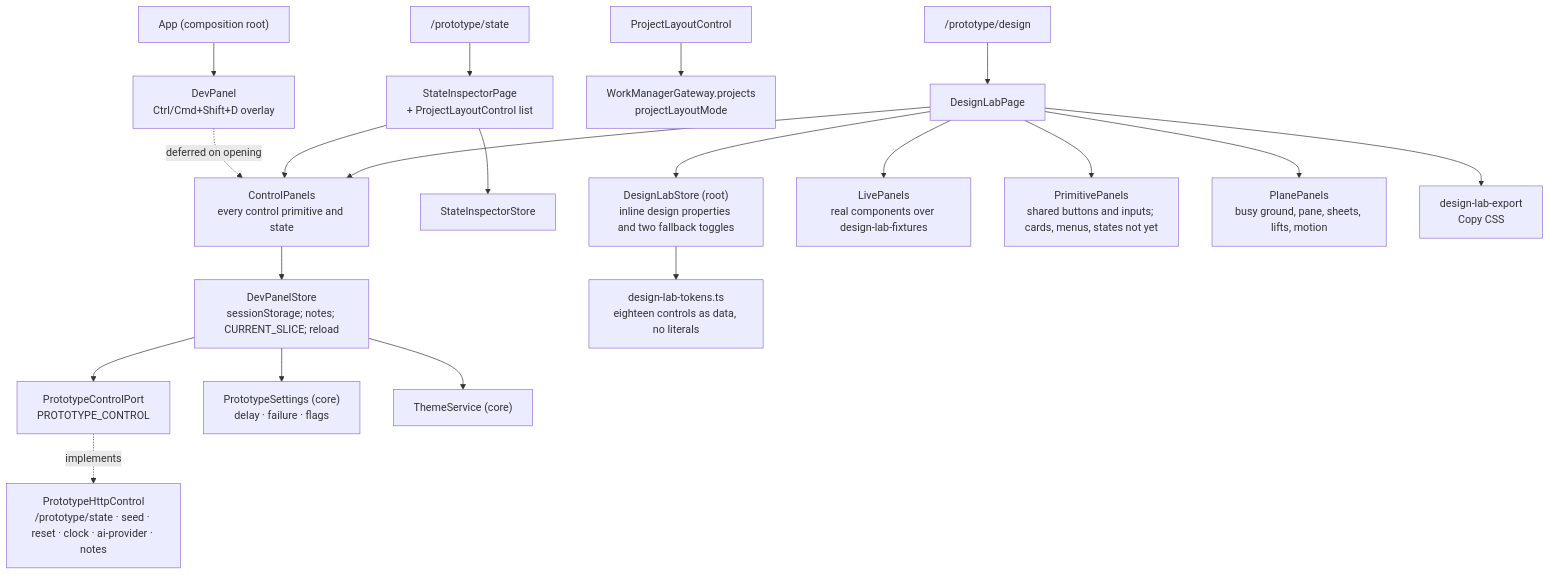
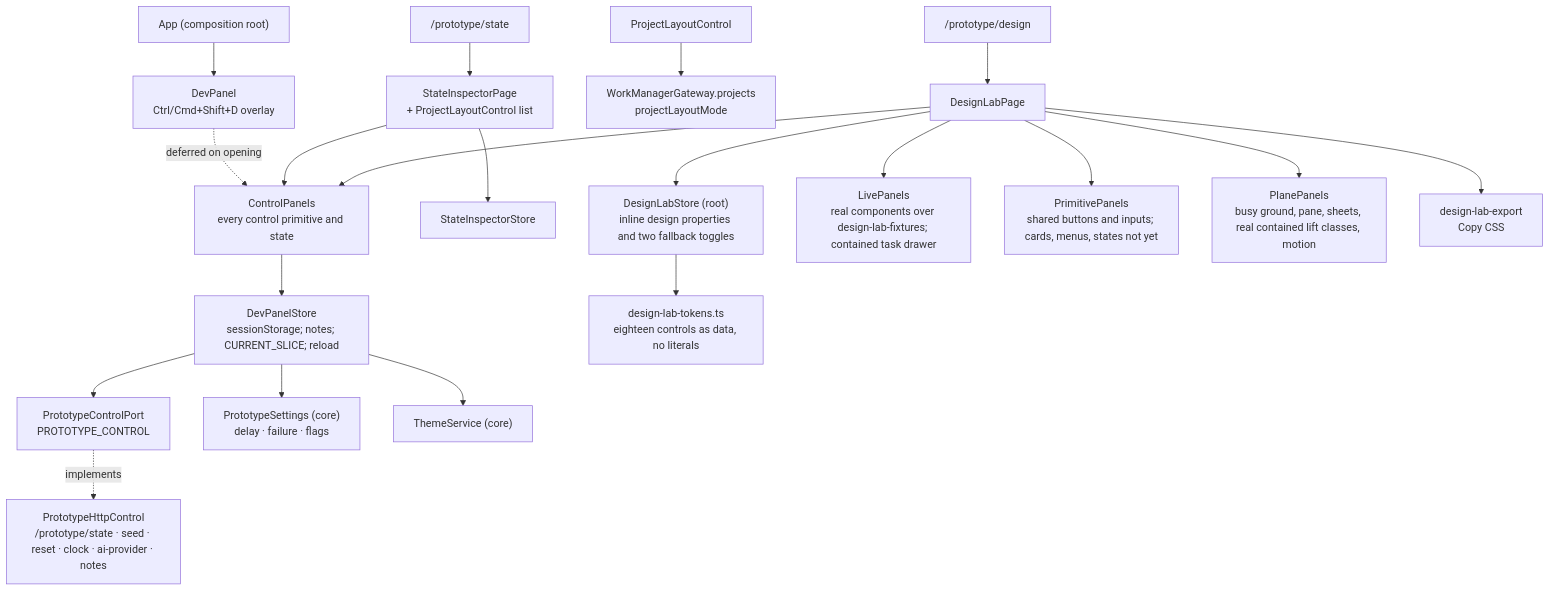
Before and after one commit to CalciteDragon/Canvas-work-manager-prototype: the diagram in docs/architecture/web/prototype-tooling/what.md, drawn with Mermaid. The commit also changed 132 other files, not shown here.

````diff
--- a/docs/architecture/web/prototype-tooling/what.md
+++ b/docs/architecture/web/prototype-tooling/what.md
@@ -5,22 +5,22 @@
 ```mermaid
 flowchart TB
   app["App (composition root)"] --> panel["DevPanel<br/>Ctrl/Cmd+Shift+D overlay"]
   route["/prototype/state"] --> inspector["StateInspectorPage<br/>+ ProjectLayoutControl list"]
   panel -. "deferred on opening" .-> controls["DevPanelControls<br/>the one implementation of every control"]
   inspector --> controls
   controls --> dstore["DevPanelStore<br/>sessionStorage; notes; CURRENT_SLICE; reload"]
   inspector --> istore["StateInspectorStore"]
   dstore --> port["PrototypeControlPort<br/>PROTOTYPE_CONTROL"]
   port -. implements .-> http["PrototypeHttpControl<br/>/prototype/state · seed · reset · clock · ai-provider · notes"]
   dstore --> settings["PrototypeSettings (core)<br/>delay · failure · flags"]
   dstore --> theme["ThemeService (core)"]
   layout["ProjectLayoutControl"] --> gw["WorkManagerGateway.projects<br/>projectLayoutMode"]
   route2["/prototype/design"] --> lab["DesignLabPage"]
   lab --> lstore["DesignLabStore (root)<br/>inline design properties and two fallback toggles"]
-  lab --> live["LivePanels<br/>real components over design-lab-fixtures"]
+  lab --> live["LivePanels<br/>real components over design-lab-fixtures; contained task drawer"]
   lab --> prim["PrimitivePanels<br/>shared buttons and inputs; cards, menus, states not yet"]
   lab --> controls["ControlPanels<br/>every control primitive and state"]
-  lab --> planes["PlanePanels<br/>busy ground, pane, sheets, lifts, motion"]
+  lab --> planes["PlanePanels<br/>busy ground, pane, sheets, real contained lift classes, motion"]
   lab --> export["design-lab-export<br/>Copy CSS"]
   lstore --> tokens["design-lab-tokens.ts<br/>eighteen controls as data, no literals"]
 ```
````
